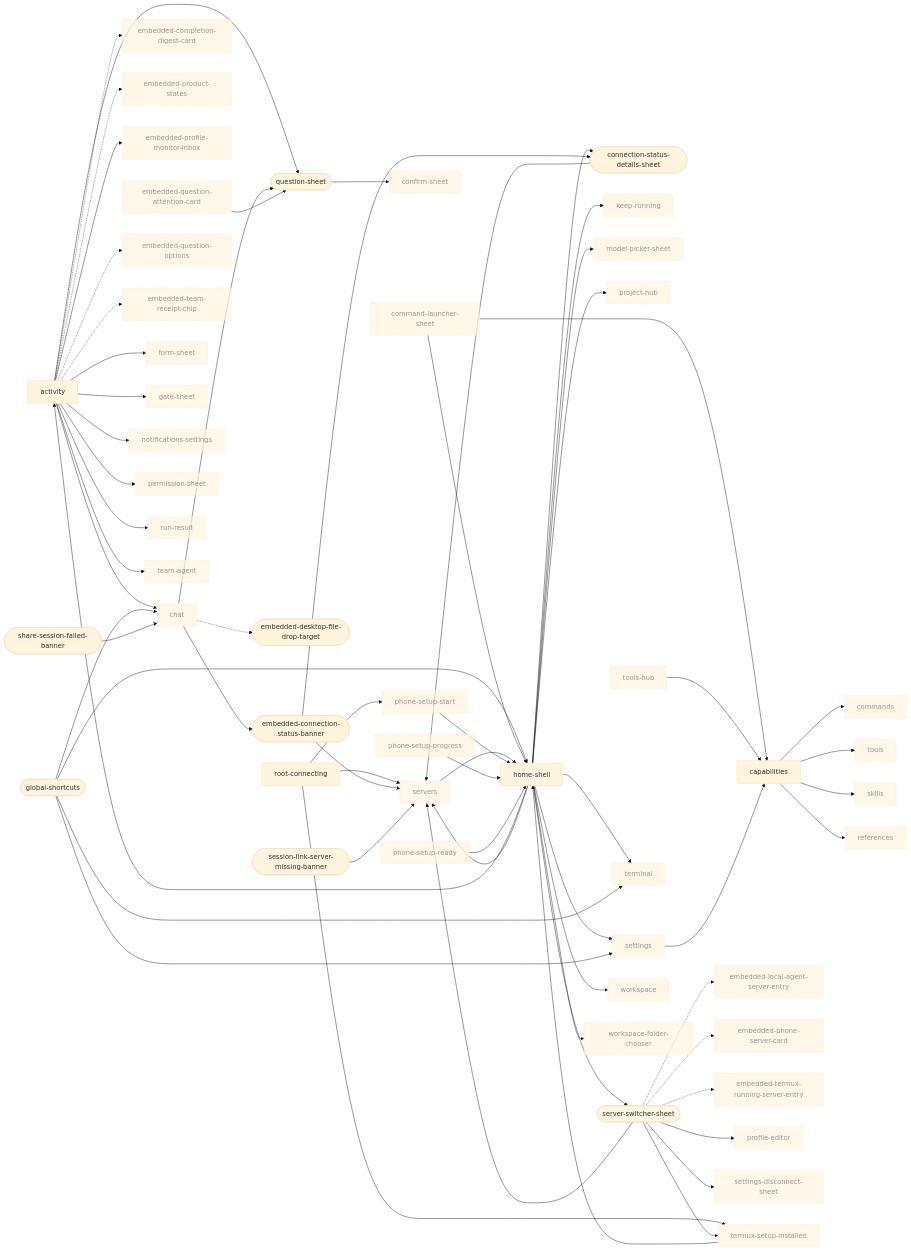
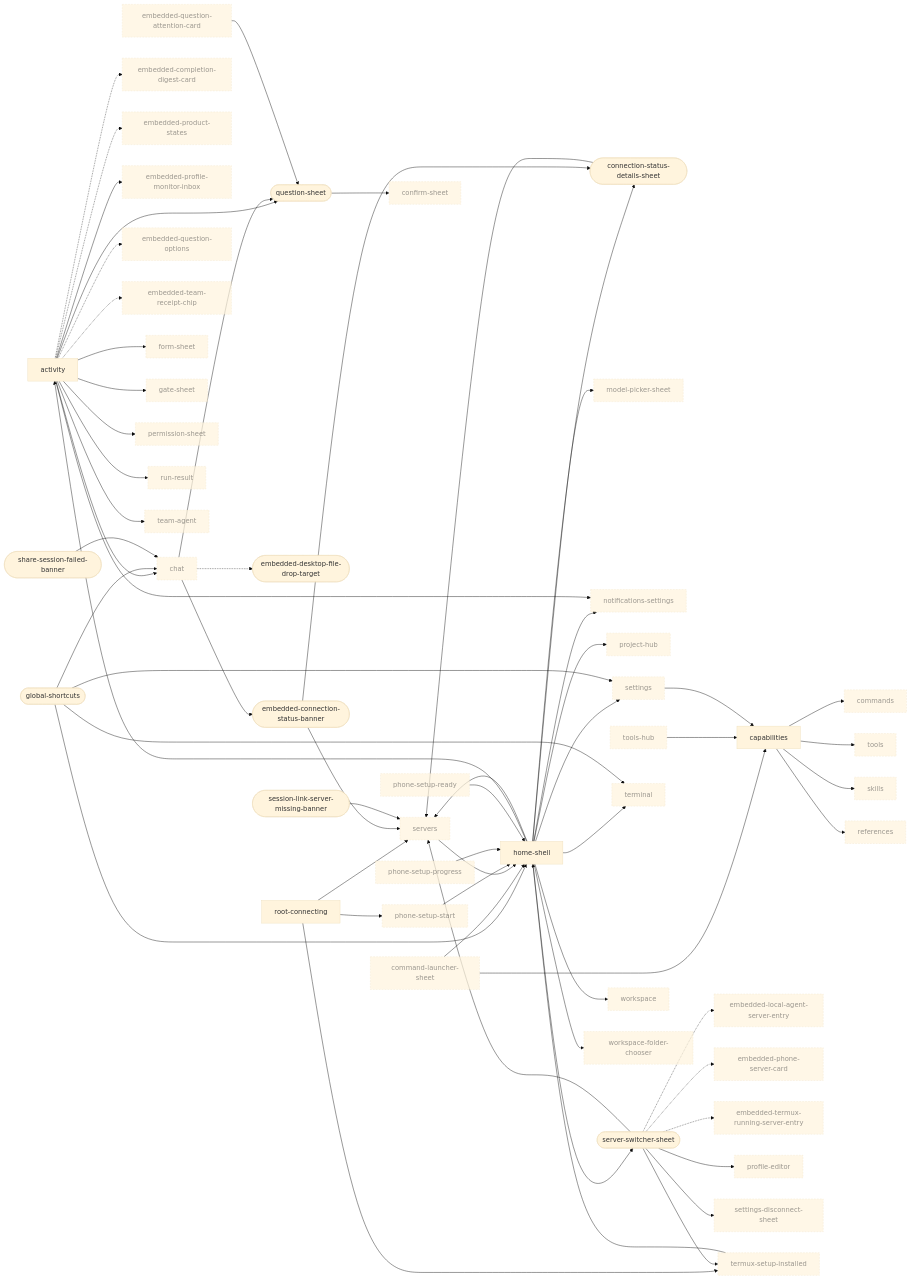
Before and after one commit to Breskott/opencode-mobile-next: the first of 10 diagrams in docs/design/ui-ledger/navigation.md, drawn with Mermaid (base theme). The commit also changed other lines of this file and 58 other files, not shown here.

First line of the commit message:
refactor(settings): plugins on This server; delete retired Plugins, Keep running and What runs by itself pages [skip ci]

```diff
--- a/docs/design/ui-ledger/navigation.md
+++ b/docs/design/ui-ledger/navigation.md
@@ -42,7 +42,6 @@
   gate_sheet["gate-sheet"]:::ext
   global_shortcuts(["global-shortcuts"])
   home_shell["home-shell"]
-  keep_running["keep-running"]:::ext
   model_picker_sheet["model-picker-sheet"]:::ext
   notifications_settings["notifications-settings"]:::ext
   permission_sheet["permission-sheet"]:::ext
@@ -80,7 +79,7 @@
   home_shell --> server_switcher_sheet
   home_shell --> servers
   home_shell --> connection_status_details_sheet
-  home_shell --> keep_running
+  home_shell --> notifications_settings
   server_switcher_sheet --> servers
   server_switcher_sheet --> profile_editor
   server_switcher_sheet --> settings_disconnect_sheet
```
